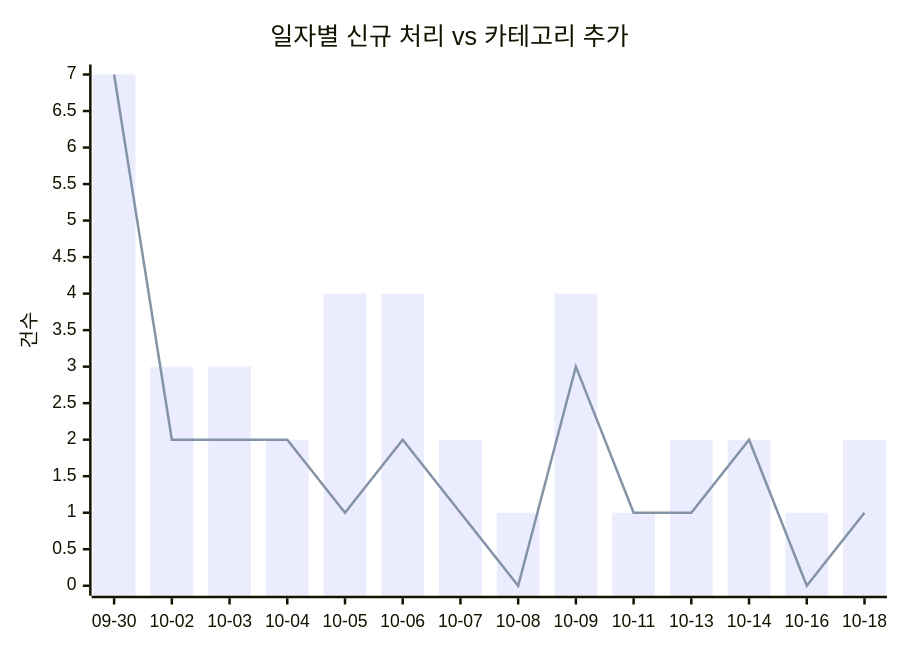
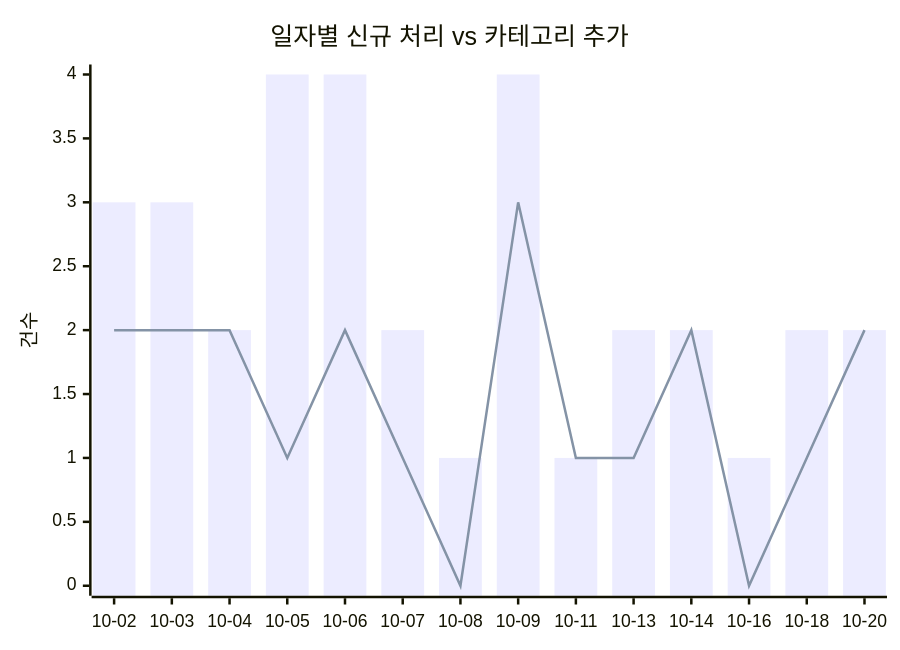
One commit to J-nowcow/awesome-korean-agent-skills changed the first of 2 diagrams in docs/trends.md. Above: the diagram before and after it, drawn with Mermaid. The commit also changed other lines of this file and 4 other files, not shown here.

````diff
--- a/docs/trends.md
+++ b/docs/trends.md
@@ -32,8 +32,8 @@
 ```mermaid
 xychart-beta
     title "일자별 신규 처리 vs 카테고리 추가"
-    x-axis ["09-30","10-02","10-03","10-04","10-05","10-06","10-07","10-08","10-09","10-11","10-13","10-14","10-16","10-18"]
+    x-axis ["10-02","10-03","10-04","10-05","10-06","10-07","10-08","10-09","10-11","10-13","10-14","10-16","10-18","10-20"]
     y-axis "건수"
-    bar [7,3,3,2,4,4,2,1,4,1,2,2,1,2]
-    line [7,2,2,2,1,2,1,0,3,1,1,2,0,1]
+    bar [3,3,2,4,4,2,1,4,1,2,2,1,2,2]
+    line [2,2,2,1,2,1,0,3,1,1,2,0,1,2]
 ```
````
